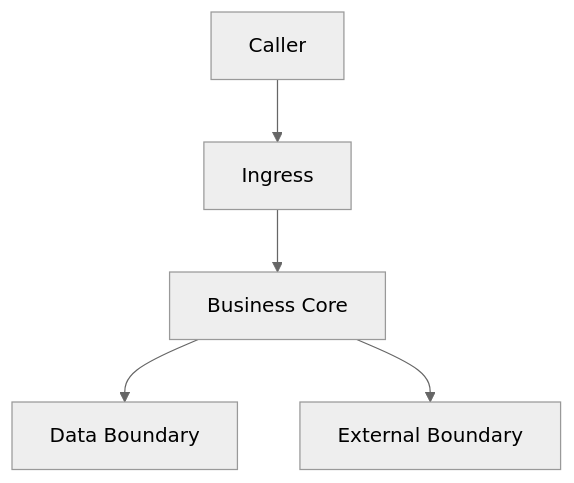
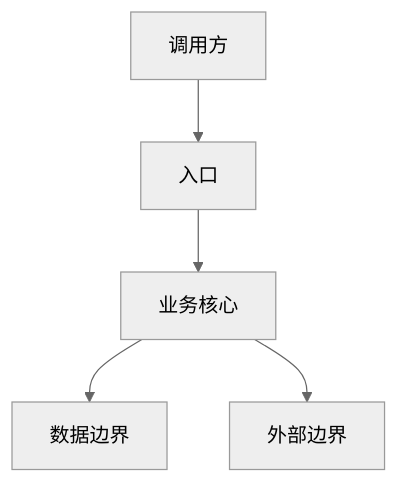
One commit to WangXianan456/repo-global-map changed the first of 2 diagrams in templates/global-map-template.md. Above: the diagram before and after it, drawn with Mermaid (neutral theme). The commit also changed other lines of this file and 16 other files, not shown here.

````diff
--- a/templates/global-map-template.md
+++ b/templates/global-map-template.md
@@ -17,7 +17,7 @@
 ```mermaid
 flowchart TD
-U[Caller] --> I[Ingress]
-I --> B[Business Core]
-B --> D[Data Boundary]
-B --> E[External Boundary]
+U[调用方] --> I[入口]
+I --> B[业务核心]
+B --> D[数据边界]
+B --> E[外部边界]
 ```
````
